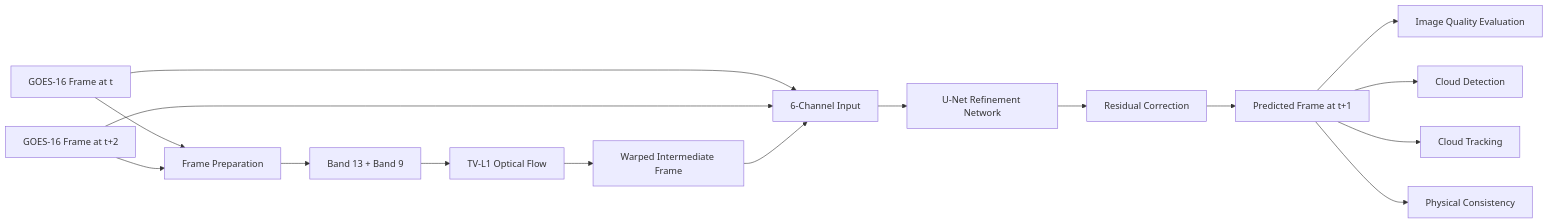
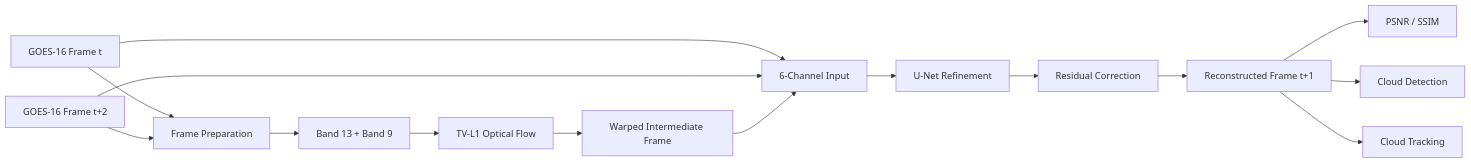
The first of 10 diagrams in README.md (SrimathiSubbiah/Increasing_Temporal_Resolution_Of_Geostationary_Satellite), drawn with Mermaid before and after one commit. The commit also changed other lines of this file, not shown here.

````diff
--- a/README.md
+++ b/README.md
@@ -56,24 +165,25 @@
 ```mermaid
 flowchart LR
 
-A[GOES-16 Frame at t] --> C[Frame Preparation]
-B[GOES-16 Frame at t+2] --> C
+    A["GOES-16 Frame t"] --> C["Frame Preparation"]
+    B["GOES-16 Frame t+2"] --> C
 
-C --> D[Band 13 + Band 9]
-D --> E[TV-L1 Optical Flow]
-E --> F[Warped Intermediate Frame]
+    C --> D["Band 13 + Band 9"]
 
-A --> G[6-Channel Input]
-B --> G
-F --> G
+    D --> E["TV-L1 Optical Flow"]
+    E --> F["Warped Intermediate Frame"]
 
-G --> H[U-Net Refinement Network]
+    A --> G["6-Channel Input"]
+    B --> G
+    F --> G
 
-H --> I[Residual Correction]
-I --> J[Predicted Frame at t+1]
+    G --> H["U-Net Refinement"]
 
-J --> K[Image Quality Evaluation]
-J --> L[Cloud Detection]
-J --> M[Cloud Tracking]
-J --> N[Physical Consistency]
+    H --> I["Residual Correction"]
+
+    I --> J["Reconstructed Frame t+1"]
+
+    J --> K["PSNR / SSIM"]
+    J --> L["Cloud Detection"]
+    J --> M["Cloud Tracking"]
 ```
````
